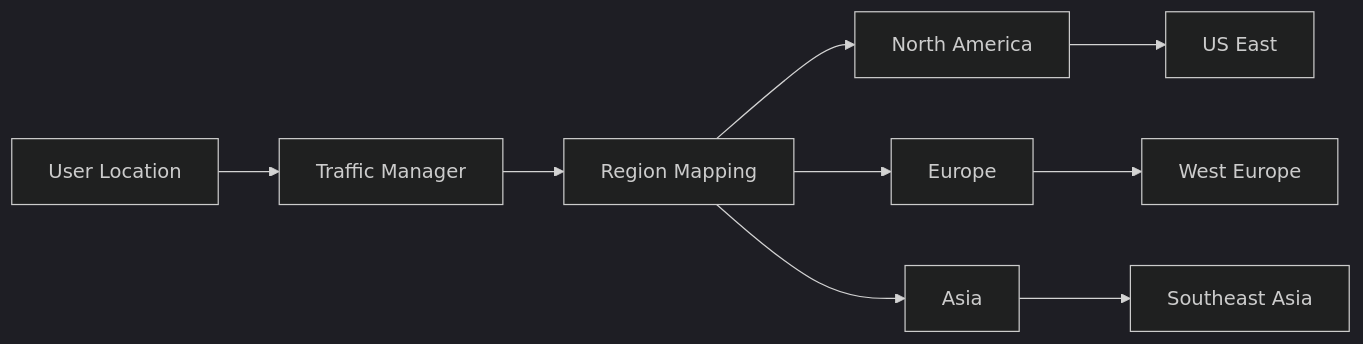
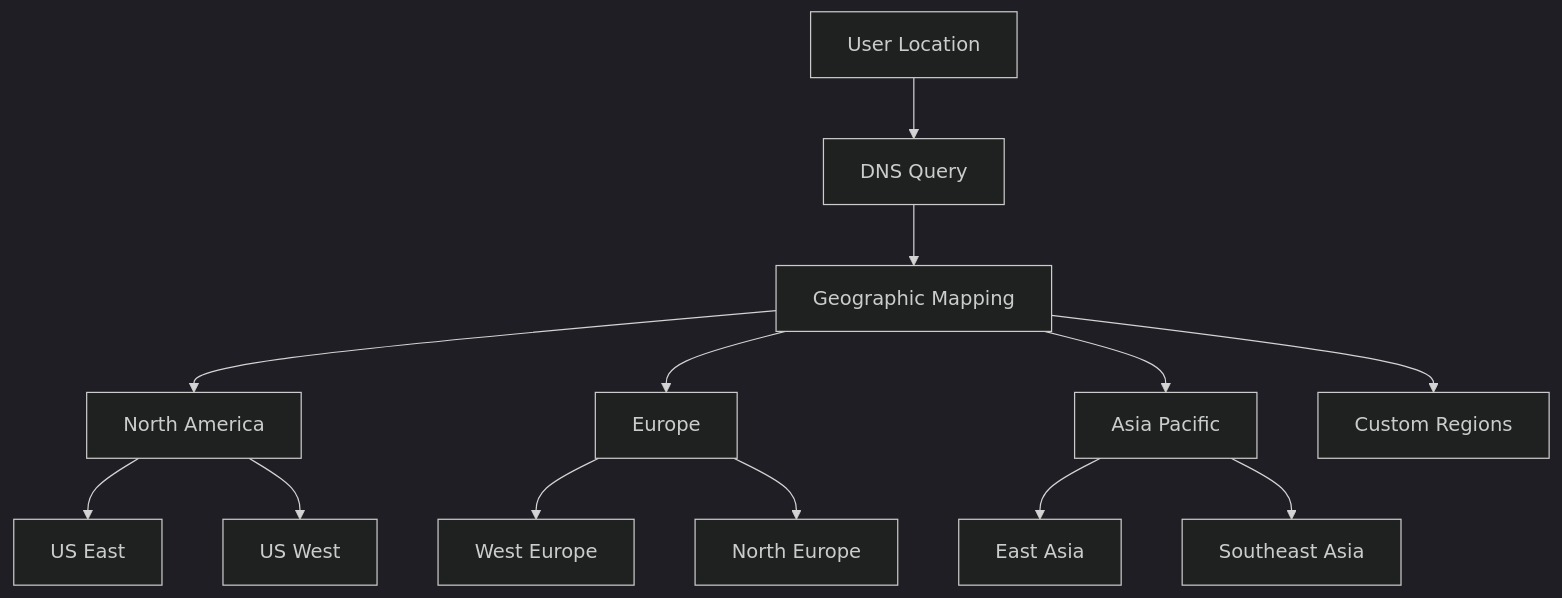
One commit to saravanakumarrc/Architecture_Journey changed the third of 14 diagrams in src/azure/az-104/Traffic_Manager.md. Above: the diagram before and after it, drawn with Mermaid (dark theme). The commit also changed other lines of this file and 6 other files, not shown here.

````diff
--- a/src/azure/az-104/Traffic_Manager.md
+++ b/src/azure/az-104/Traffic_Manager.md
@@ -48,13 +50,17 @@
 ```mermaid
-graph LR
-    A[User Location] --> B[Traffic Manager]
-    B --> C[Region Mapping]
+graph TB
+    A[User Location] --> B[DNS Query]
+    B --> C[Geographic Mapping]
     
     C --> D[North America]
     C --> E[Europe]
-    C --> F[Asia]
+    C --> F[Asia Pacific]
+    C --> G[Custom Regions]
     
-    D --> G[US East]
-    E --> H[West Europe]
-    F --> I[Southeast Asia]
+    D --> H[US East]
+    D --> I[US West]
+    E --> J[West Europe]
+    E --> K[North Europe]
+    F --> L[East Asia]
+    F --> M[Southeast Asia]
 ```
````
